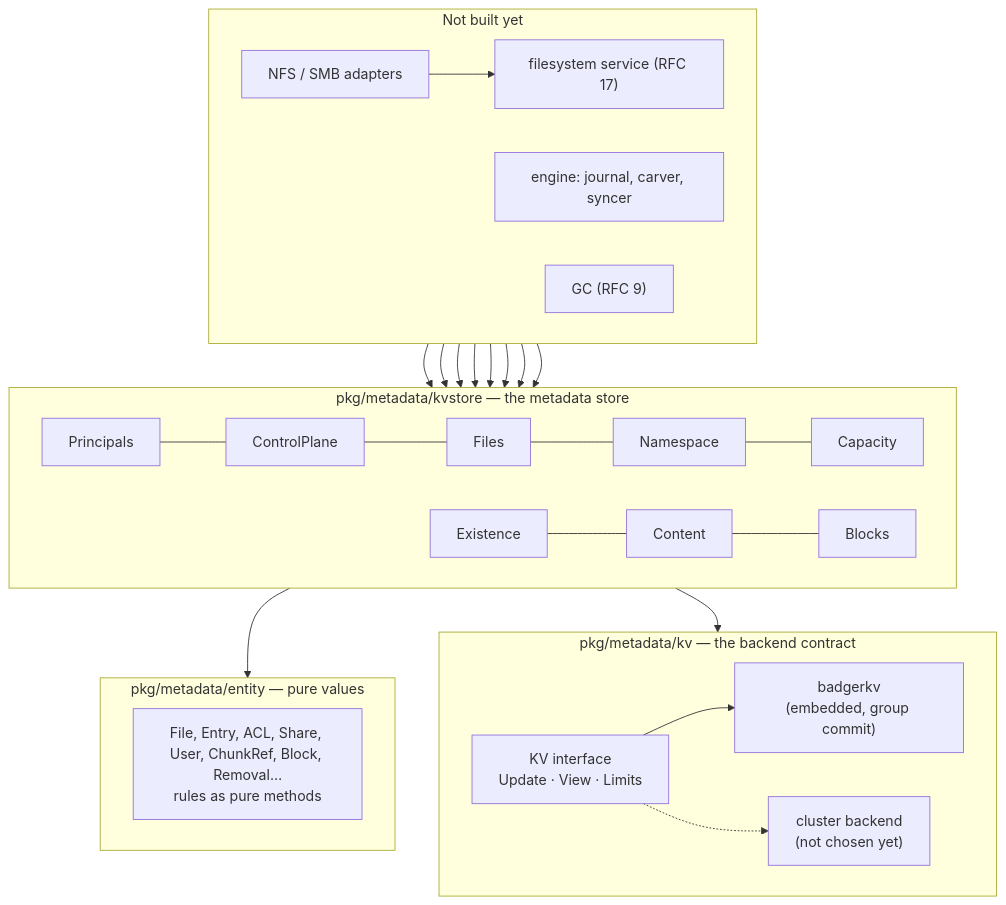
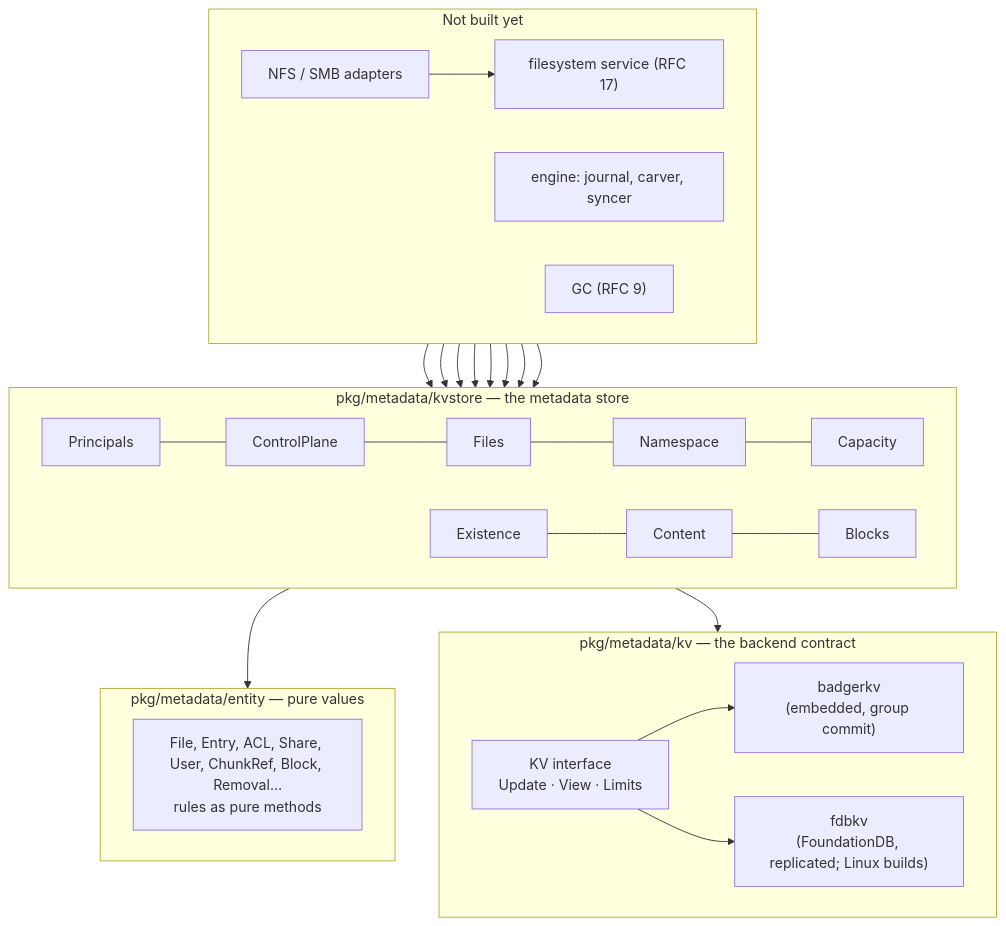
Before and after one commit to esignoretti/dittofs: the first of 12 diagrams in docs/internals/kv-layer-guide.md, drawn with Mermaid. The commit also changed other lines of this file, not shown here.

Commit message:
docs(metadata): the guide covers the FoundationDB backend, its speed, and why the disk runs slow down

````diff
--- a/docs/internals/kv-layer-guide.md
+++ b/docs/internals/kv-layer-guide.md
@@ -13,27 +13,27 @@
 ```mermaid
 flowchart TB
   subgraph future["Not built yet"]
     direction LR
     ad["NFS / SMB adapters"] --> vfs["filesystem service (RFC 17)"]
     eng["engine: journal, carver, syncer"]
     gc["GC (RFC 9)"]
   end
   subgraph kvstore["pkg/metadata/kvstore — the metadata store"]
     direction LR
     pr["Principals"] --- cp["ControlPlane"] --- fi["Files"] --- ns["Namespace"] --- ca["Capacity"]
     ex["Existence"] --- co["Content"] --- bl["Blocks"]
   end
   subgraph entity["pkg/metadata/entity — pure values"]
     en["File, Entry, ACL, Share, User, ChunkRef, Block, Removal…<br/>rules as pure methods"]
   end
   subgraph kv["pkg/metadata/kv — the backend contract"]
     direction LR
     kvi["KV interface<br/>Update · View · Limits"] --> badger["badgerkv<br/>(embedded, group commit)"]
-    kvi -.-> cl["cluster backend<br/>(not chosen yet)"]
+    kvi --> fdb["fdbkv<br/>(FoundationDB, replicated; Linux builds)"]
   end
   vfs --> pr & fi & ns & cp & ca
   eng --> ex & co
   gc --> bl
   kvstore --> entity
   kvstore --> kvi
 ```
````
